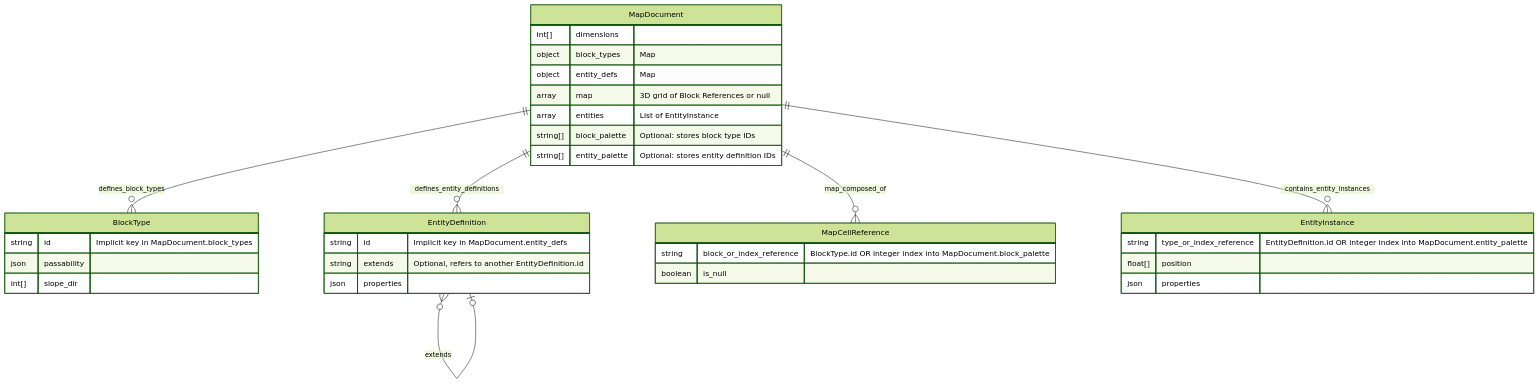
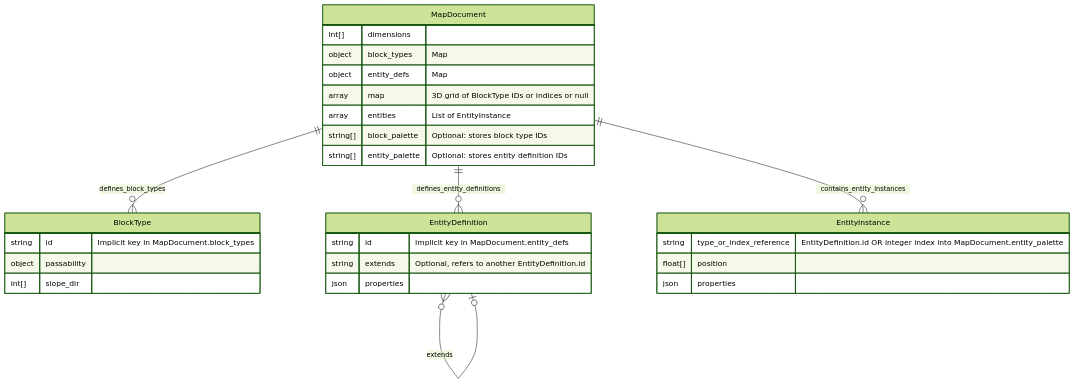
Before and after one commit to leynos/lille: the diagram in docs/map-data-format.md, drawn with Mermaid (forest theme). The commit also changed other lines of this file, not shown here.

Commit message:
Clarify palettization and update ER diagram

````diff
--- a/docs/map-data-format.md
+++ b/docs/map-data-format.md
@@ -29,38 +31,33 @@
 ```mermaid
 erDiagram
     MapDocument {
         int[] dimensions
         object block_types "Map<String, BlockType>"
         object entity_defs "Map<String, EntityDefinition>"
-        array map "3D grid of Block References or null"
+        array map "3D grid of BlockType IDs or indices or null"
         array entities "List of EntityInstance"
         string[] block_palette "Optional: stores block type IDs"
         string[] entity_palette "Optional: stores entity definition IDs"
     }
     BlockType {
         string id "Implicit key in MapDocument.block_types"
-        json passability
+        object passability
         int[] slope_dir
     }
     EntityDefinition {
         string id "Implicit key in MapDocument.entity_defs"
         string extends "Optional, refers to another EntityDefinition.id"
         json properties
-    }
-    MapCellReference {
-        string block_or_index_reference "BlockType.id OR integer index into MapDocument.block_palette"
-        boolean is_null
     }
     EntityInstance {
         string type_or_index_reference "EntityDefinition.id OR integer index into MapDocument.entity_palette"
         float[] position
         json properties
     }
 
     MapDocument ||--o{ BlockType : "defines_block_types"
     MapDocument ||--o{ EntityDefinition : "defines_entity_definitions"
-    MapDocument ||--o{ MapCellReference : "map_composed_of"
     MapDocument ||--o{ EntityInstance : "contains_entity_instances"
 
     EntityDefinition }o--o| EntityDefinition : "extends"
 ```
````
